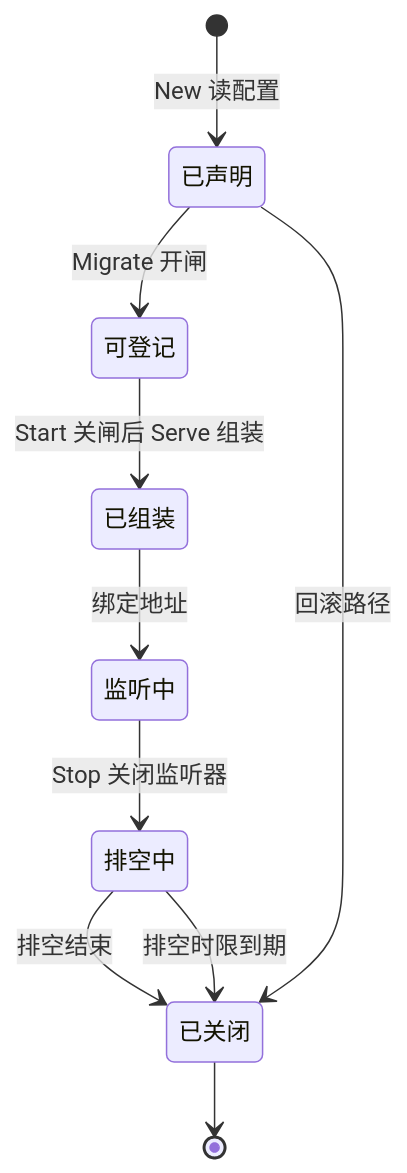
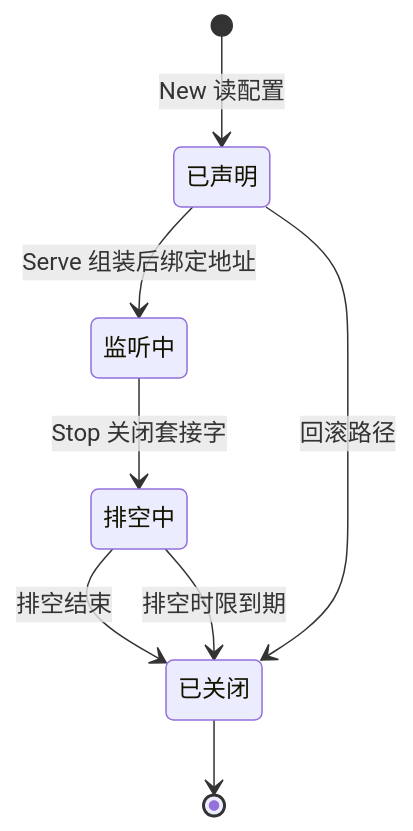
The third of 3 diagrams in docs/design/modules/http/design-http.md (wangzw/speed), drawn with Mermaid before and after one commit. The commit also changed other lines of this file and 79 other files, not shown here.

````diff
--- a/docs/design/modules/http/design-http.md
+++ b/docs/design/modules/http/design-http.md
@@ -371,12 +373,10 @@
 ```mermaid
 stateDiagram-v2
     [*] --> 已声明 : New 读配置
-    已声明 --> 可登记 : Migrate 开闸
-    可登记 --> 已组装 : Start 关闸后 Serve 组装
-    已组装 --> 监听中 : 绑定地址
-    监听中 --> 排空中 : Stop 关闭监听器
+    已声明 --> 监听中 : Serve 组装后绑定地址
+    监听中 --> 排空中 : Stop 关闭套接字
     排空中 --> 已关闭 : 排空结束
     排空中 --> 已关闭 : 排空时限到期
     已声明 --> 已关闭 : 回滚路径
     已关闭 --> [*]
 ```
````
